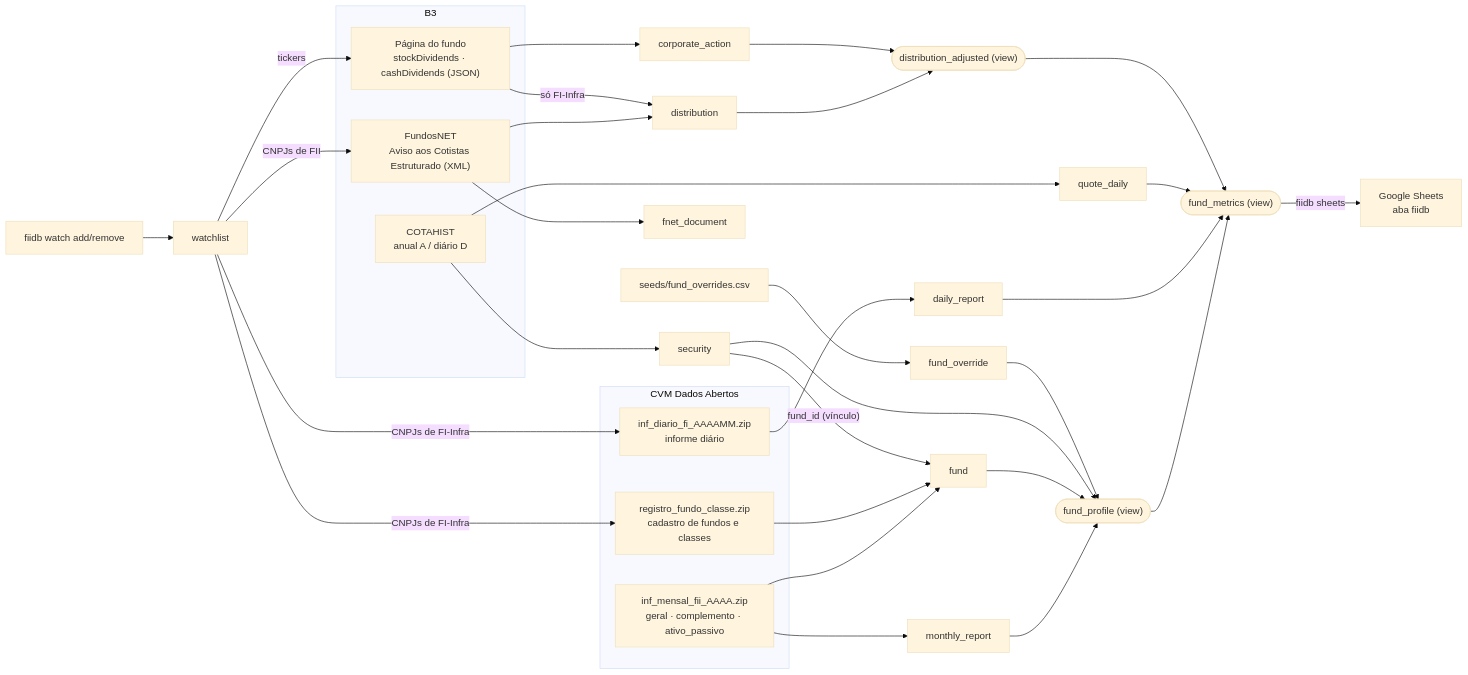
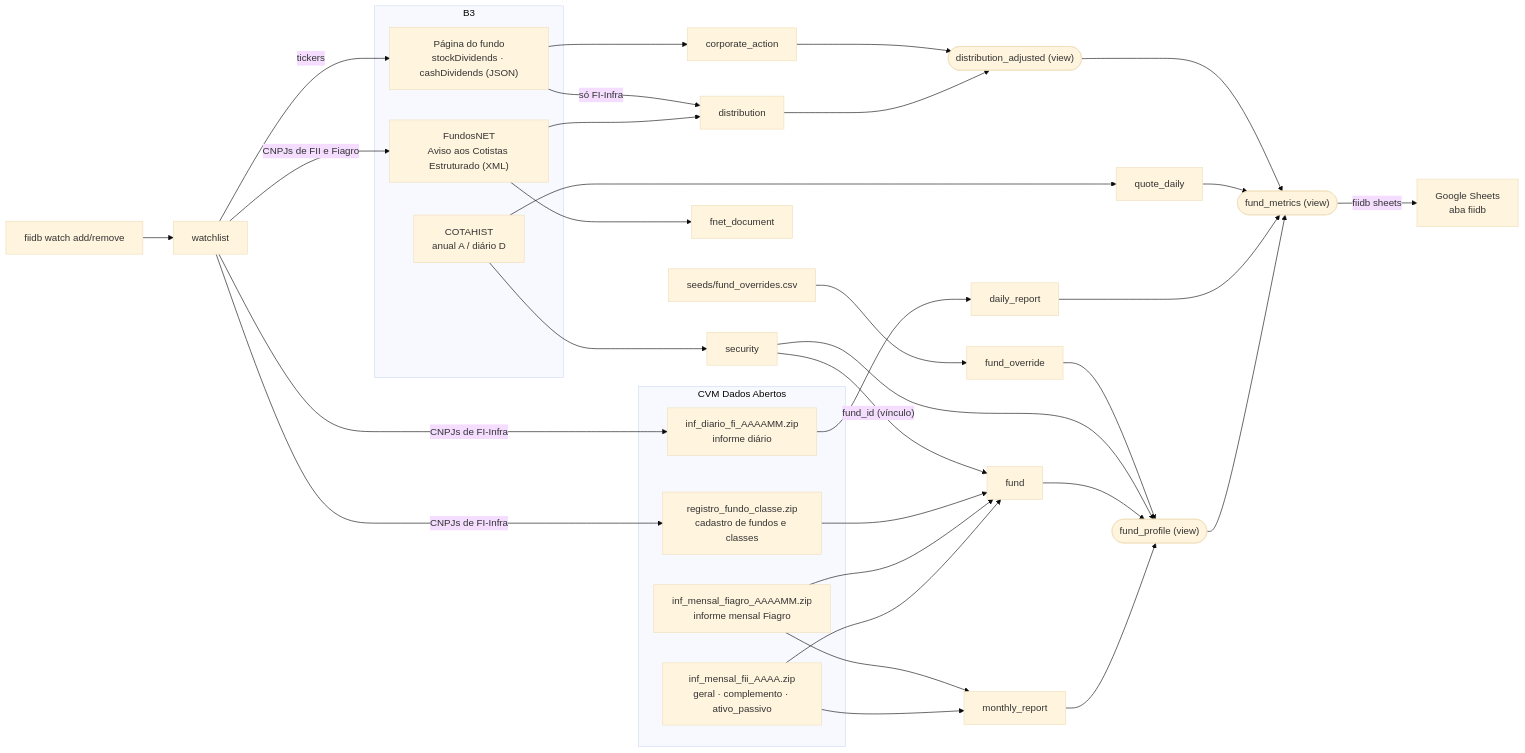
One commit to joao-sallaberry/fiidb changed the first of 2 diagrams in docs/ingestion.md. Above: the diagram before and after it, drawn with Mermaid (base theme). The commit also changed other lines of this file and 13 other files, not shown here.

First line of the commit message:
Add Fiagro funds from the CVM Fiagro monthly report

````diff
--- a/docs/ingestion.md
+++ b/docs/ingestion.md
@@ -8,45 +8,48 @@
 ```mermaid
 flowchart LR
     subgraph CVM["CVM Dados Abertos"]
         IM["inf_mensal_fii_AAAA.zip<br/>geral · complemento · ativo_passivo"]
+        IA["inf_mensal_fiagro_AAAAMM.zip<br/>informe mensal Fiagro"]
         RG["registro_fundo_classe.zip<br/>cadastro de fundos e classes"]
         ID["inf_diario_fi_AAAAMM.zip<br/>informe diário"]
     end
     subgraph B3
         CH["COTAHIST<br/>anual A / diário D"]
         FN["FundosNET<br/>Aviso aos Cotistas Estruturado (XML)"]
         BF["Página do fundo<br/>stockDividends · cashDividends (JSON)"]
     end
     SEED["seeds/fund_overrides.csv"]
     CLI["fiidb watch add/remove"]
 
     IM --> fund
     IM --> monthly_report
+    IA --> fund
+    IA --> monthly_report
     CH --> quote_daily
     CH --> security
     CLI --> watchlist
-    watchlist -- "CNPJs de FII" --> FN
+    watchlist -- "CNPJs de FII e Fiagro" --> FN
     FN --> fnet_document
     FN --> distribution
     watchlist -- "tickers" --> BF
     BF --> corporate_action
     BF -- "só FI-Infra" --> distribution
     watchlist -- "CNPJs de FI-Infra" --> RG
     RG --> fund
     watchlist -- "CNPJs de FI-Infra" --> ID
     ID --> daily_report
     SEED --> fund_override
 
     security -- "fund_id (vínculo)" --> fund
     monthly_report --> fund_profile(["fund_profile (view)"])
     fund --> fund_profile
     security --> fund_profile
     fund_override --> fund_profile
     fund_profile --> fund_metrics(["fund_metrics (view)"])
     daily_report --> fund_metrics
     quote_daily --> fund_metrics
     distribution --> distribution_adjusted(["distribution_adjusted (view)"])
     corporate_action --> distribution_adjusted
     distribution_adjusted --> fund_metrics
     fund_metrics -- "fiidb sheets" --> SHEET["Google Sheets<br/>aba fiidb"]
 ```
````
